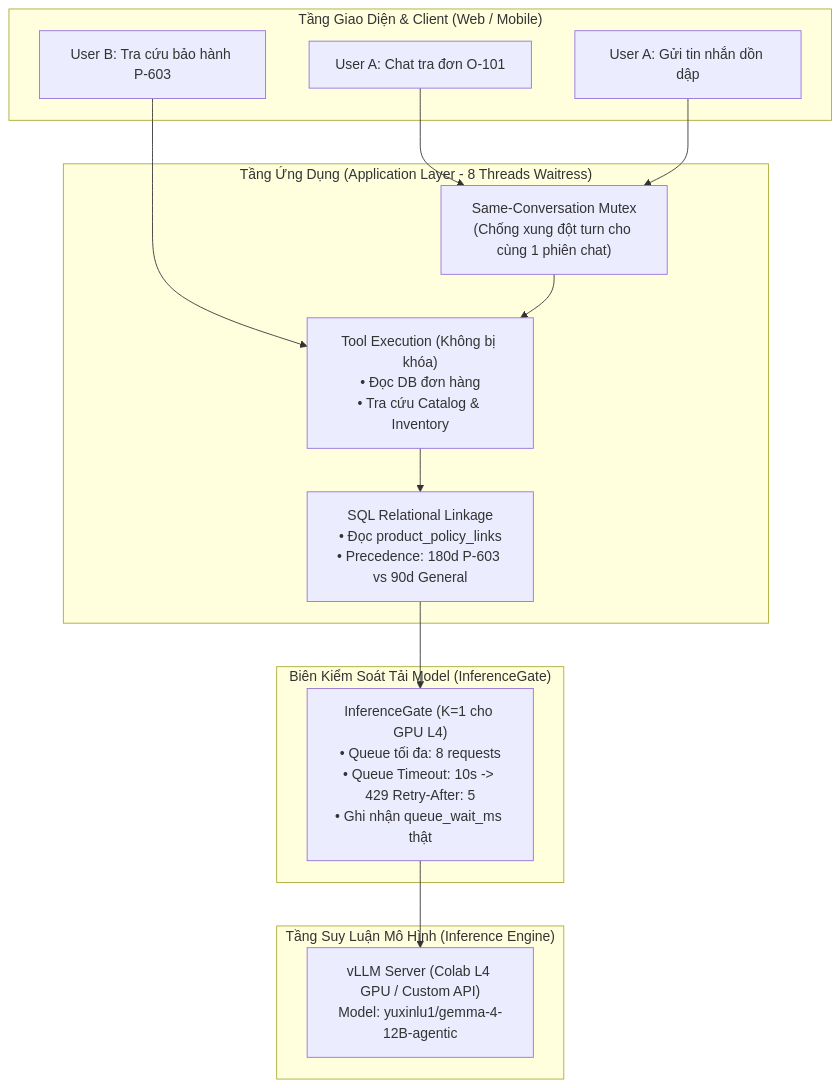
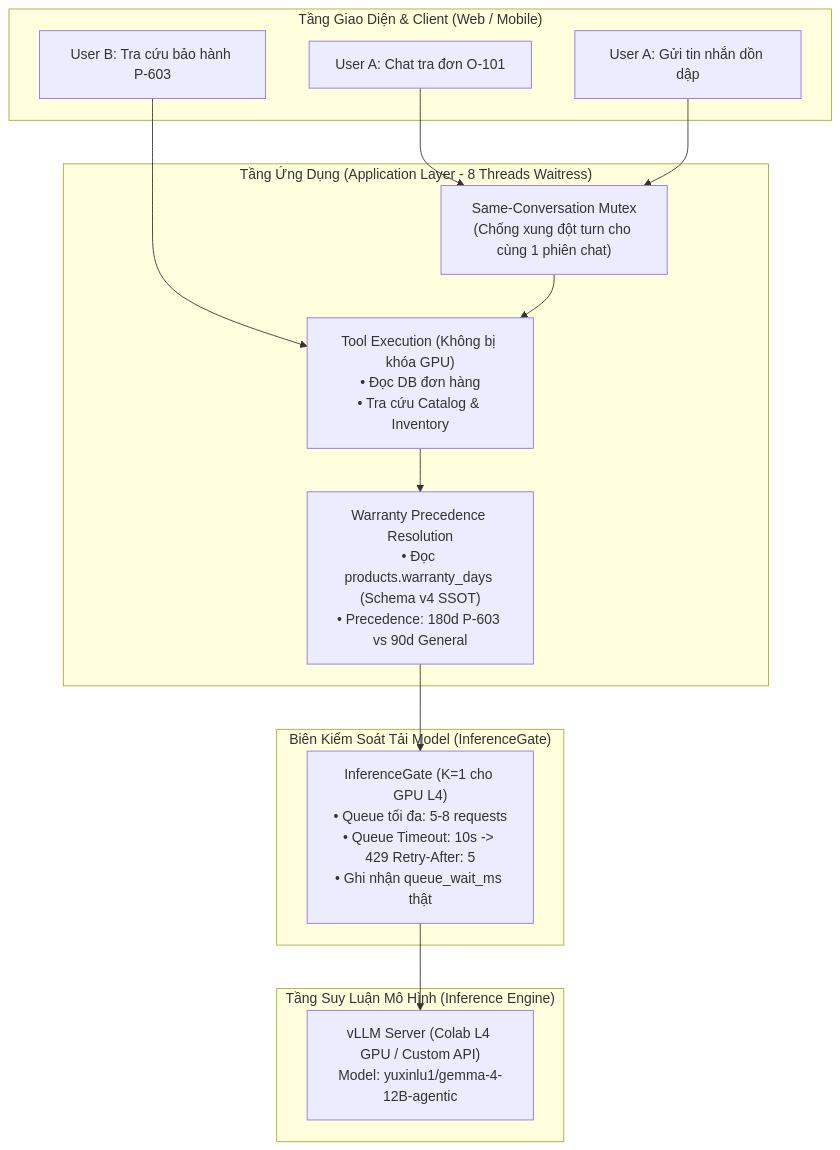
One commit to tuteemovaixlong/CSKH_ban_le changed the diagram in docs/PLAN_CONCURRENCY_RELATIONAL_KNOWLEDGE_SPRINT.md. Above: the diagram before and after it, drawn with Mermaid. The commit also changed other lines of this file and 3 other files, not shown here.

Commit message:
docs: finalize Module 2.5 review constraints (schema v4 SSOT, update-status route, snapshot revalidation, tool-free cache provenance)

````diff
--- a/docs/PLAN_CONCURRENCY_RELATIONAL_KNOWLEDGE_SPRINT.md
+++ b/docs/PLAN_CONCURRENCY_RELATIONAL_KNOWLEDGE_SPRINT.md
@@ -33,31 +33,31 @@
 ```mermaid
 flowchart TD
     subgraph CLIENT_TIER ["Tầng Giao Diện & Client (Web / Mobile)"]
         REQ1["User A: Chat tra đơn O-101"]
         REQ2["User A: Gửi tin nhắn dồn dập"]
         REQ3["User B: Tra cứu bảo hành P-603"]
     end
 
     subgraph APP_TIER ["Tầng Ứng Dụng (Application Layer - 8 Threads Waitress)"]
         CONV_LOCK["Same-Conversation Mutex<br/>(Chống xung đột turn cho cùng 1 phiên chat)"]
-        TOOL_EXEC["Tool Execution (Không bị khóa)<br/>• Đọc DB đơn hàng<br/>• Tra cứu Catalog & Inventory"]
-        REL_LOOKUP["SQL Relational Linkage<br/>• Đọc product_policy_links<br/>• Precedence: 180d P-603 vs 90d General"]
+        TOOL_EXEC["Tool Execution (Không bị khóa GPU)<br/>• Đọc DB đơn hàng<br/>• Tra cứu Catalog & Inventory"]
+        WARRANTY_RESOLVE["Warranty Precedence Resolution<br/>• Đọc products.warranty_days (Schema v4 SSOT)<br/>• Precedence: 180d P-603 vs 90d General"]
     end
 
     subgraph GATE_TIER ["Biên Kiểm Soát Tải Model (InferenceGate)"]
-        GATE["InferenceGate (K=1 cho GPU L4)<br/>• Queue tối đa: 8 requests<br/>• Queue Timeout: 10s -> 429 Retry-After: 5<br/>• Ghi nhận queue_wait_ms thật"]
+        GATE["InferenceGate (K=1 cho GPU L4)<br/>• Queue tối đa: 5-8 requests<br/>• Queue Timeout: 10s -> 429 Retry-After: 5<br/>• Ghi nhận queue_wait_ms thật"]
     end
 
     subgraph MODEL_TIER ["Tầng Suy Luận Mô Hình (Inference Engine)"]
         VLLM["vLLM Server (Colab L4 GPU / Custom API)<br/>Model: yuxinlu1/gemma-4-12B-agentic"]
     end
 
     REQ1 --> CONV_LOCK
     REQ2 --> CONV_LOCK
     REQ3 --> TOOL_EXEC
 
     CONV_LOCK --> TOOL_EXEC
-    TOOL_EXEC --> REL_LOOKUP
-    REL_LOOKUP --> GATE
+    TOOL_EXEC --> WARRANTY_RESOLVE
+    WARRANTY_RESOLVE --> GATE
     GATE --> VLLM
 ```
````
